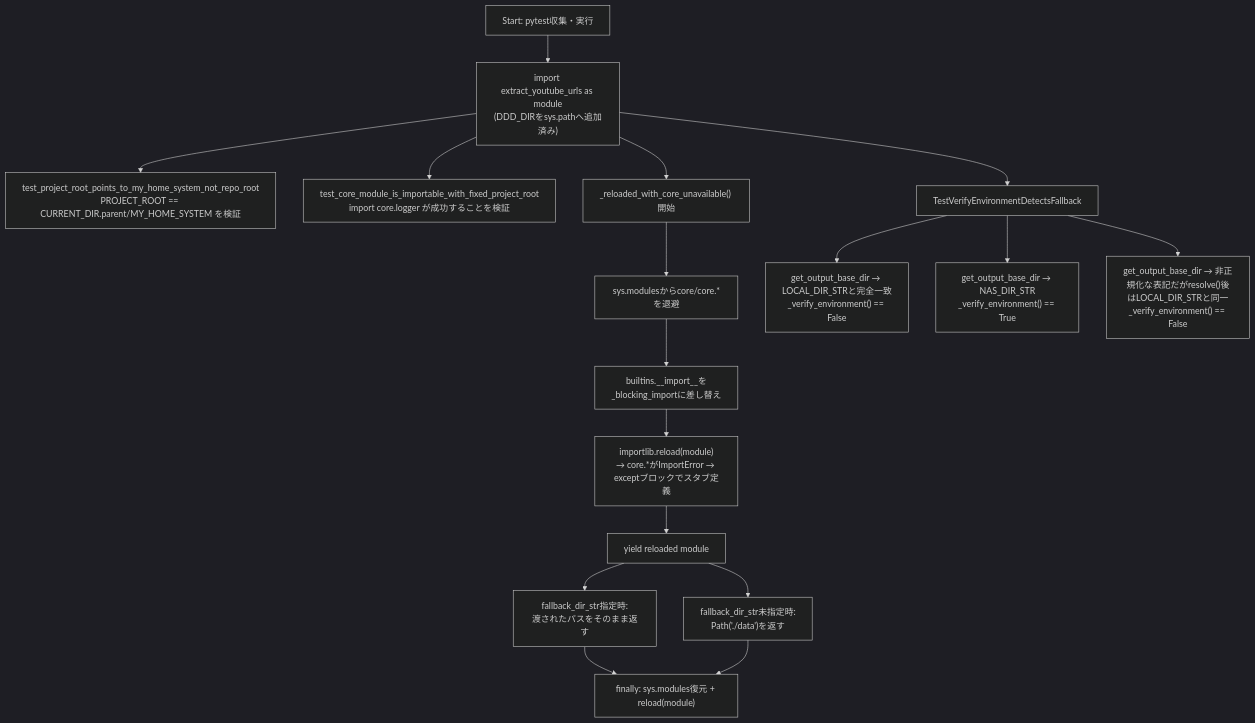
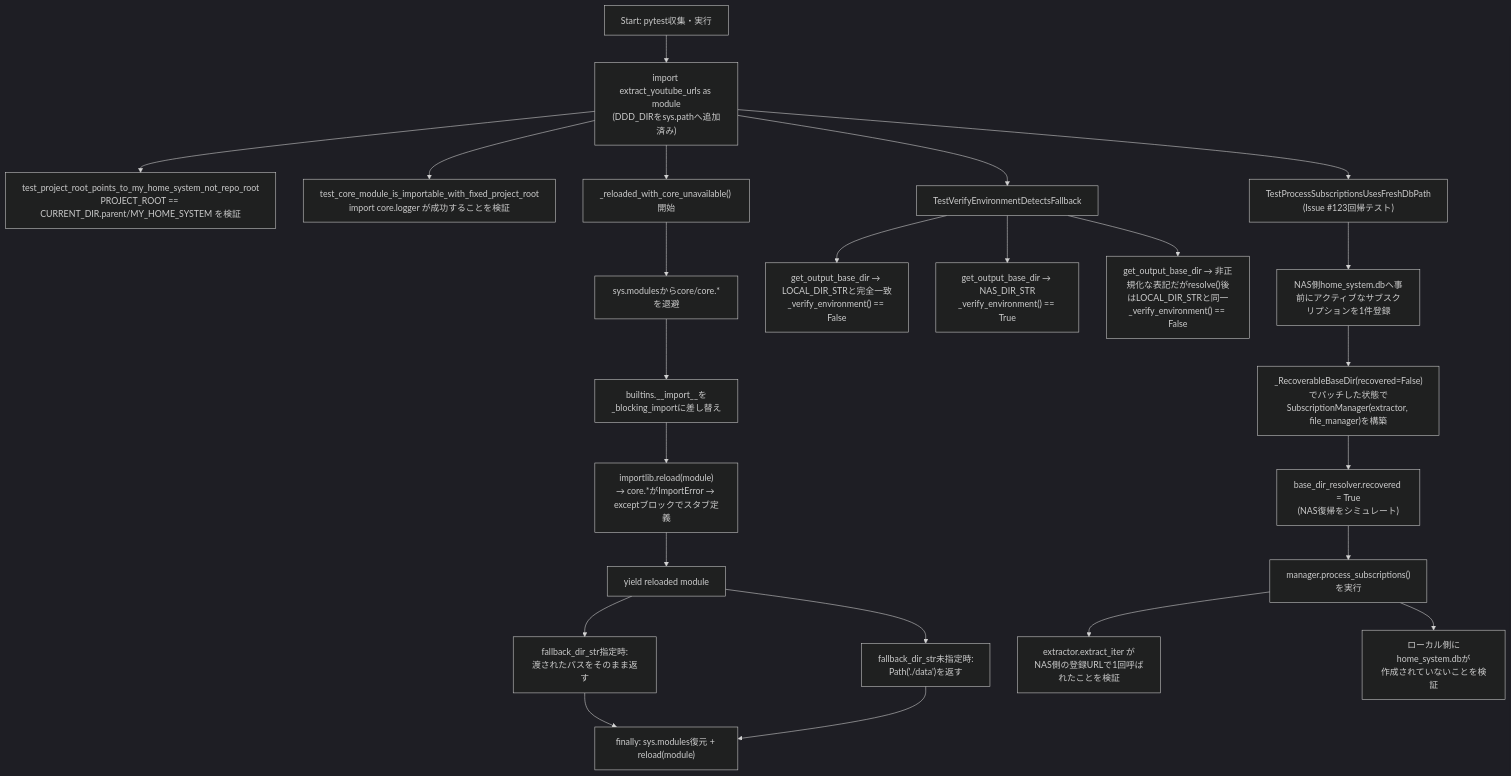
Before and after one commit to mmtigers/my_python_project: the first of 2 diagrams in docs/specifications/DDD/test_extract_youtube_urls_paths.md, drawn with Mermaid (dark theme). The commit also changed other lines of this file and 3 other files, not shown here.

````diff
--- a/docs/specifications/DDD/test_extract_youtube_urls_paths.md
+++ b/docs/specifications/DDD/test_extract_youtube_urls_paths.md
@@ -224,24 +266,32 @@
 ```mermaid
 flowchart TD
     Start["Start: pytest収集・実行"] --> ImportModule["import extract_youtube_urls as module<br>(DDD_DIRをsys.pathへ追加済み)"]
 
     ImportModule --> TestRoot["test_project_root_points_to_my_home_system_not_repo_root<br>PROJECT_ROOT == CURRENT_DIR.parent/MY_HOME_SYSTEM を検証"]
     ImportModule --> TestCoreImport["test_core_module_is_importable_with_fixed_project_root<br>import core.logger が成功することを検証"]
 
     ImportModule --> ReloadCtxEnter["_reloaded_with_core_unavailable() 開始"]
     ReloadCtxEnter --> RemoveMods["sys.modulesからcore/core.*を退避"]
     RemoveMods --> PatchImport["builtins.__import__を_blocking_importに差し替え"]
     PatchImport --> ReloadModule["importlib.reload(module)<br>→ core.*がImportError → exceptブロックでスタブ定義"]
     ReloadModule --> YieldReloaded["yield reloaded module"]
 
     YieldReloaded --> StubWithArg["fallback_dir_str指定時:<br>渡されたパスをそのまま返す"]
     YieldReloaded --> StubNoArg["fallback_dir_str未指定時:<br>Path('./data')を返す"]
 
     StubWithArg --> RestoreCtx["finally: sys.modules復元 + reload(module)"]
     StubNoArg --> RestoreCtx
 
     ImportModule --> VerifyEnvTests["TestVerifyEnvironmentDetectsFallback"]
     VerifyEnvTests --> ExactMatch["get_output_base_dir → LOCAL_DIR_STRと完全一致<br>_verify_environment() == False"]
     VerifyEnvTests --> NasMatch["get_output_base_dir → NAS_DIR_STR<br>_verify_environment() == True"]
     VerifyEnvTests --> MessyMatch["get_output_base_dir → 非正規化な表記だがresolve()後はLOCAL_DIR_STRと同一<br>_verify_environment() == False"]
+
+    ImportModule --> ProcessSubTests["TestProcessSubscriptionsUsesFreshDbPath<br>(Issue #123回帰テスト)"]
+    ProcessSubTests --> SeedNasDb["NAS側home_system.dbへ事前にアクティブなサブスクリプションを1件登録"]
+    SeedNasDb --> BuildManager["_RecoverableBaseDir(recovered=False)でパッチした状態で<br>SubscriptionManager(extractor, file_manager)を構築"]
+    BuildManager --> FlipRecovered["base_dir_resolver.recovered = True<br>(NAS復帰をシミュレート)"]
+    FlipRecovered --> CallProcessSub["manager.process_subscriptions()を実行"]
+    CallProcessSub --> AssertExtractCalled["extractor.extract_iter が\nNAS側の登録URLで1回呼ばれたことを検証"]
+    CallProcessSub --> AssertNoLocalDb["ローカル側にhome_system.dbが\n作成されていないことを検証"]
 ```
````
